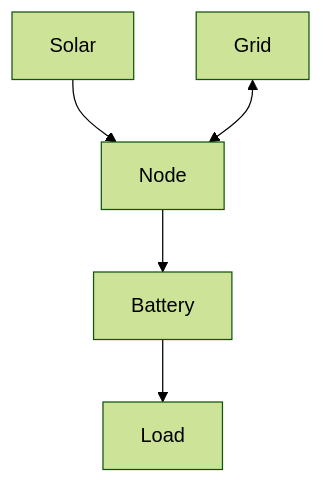
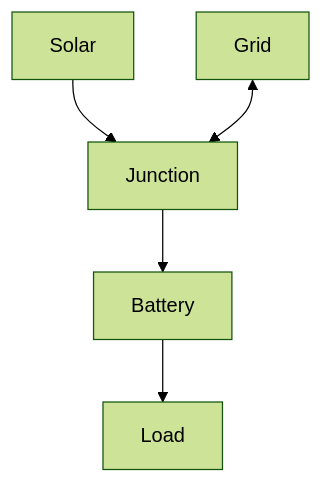
The diagram in docs/user-guide/elements/index.md (hass-energy/haeo), drawn with Mermaid (forest theme) before and after one commit. The commit also changed other lines of this file and 77 other files, not shown here.

First line of the commit message:
Add a Junction element for the Switchboard and keep Node source/sink

````diff
--- a/docs/user-guide/elements/index.md
+++ b/docs/user-guide/elements/index.md
@@ -35,7 +35,7 @@
 ```mermaid
 graph TD
-    Solar[Solar] --> Net[Node]
+    Solar[Solar] --> Net[Junction]
     Grid[Grid] <--> Net
     Net --> Battery[Battery]
     Battery --> Load[Load]
 ```
````
